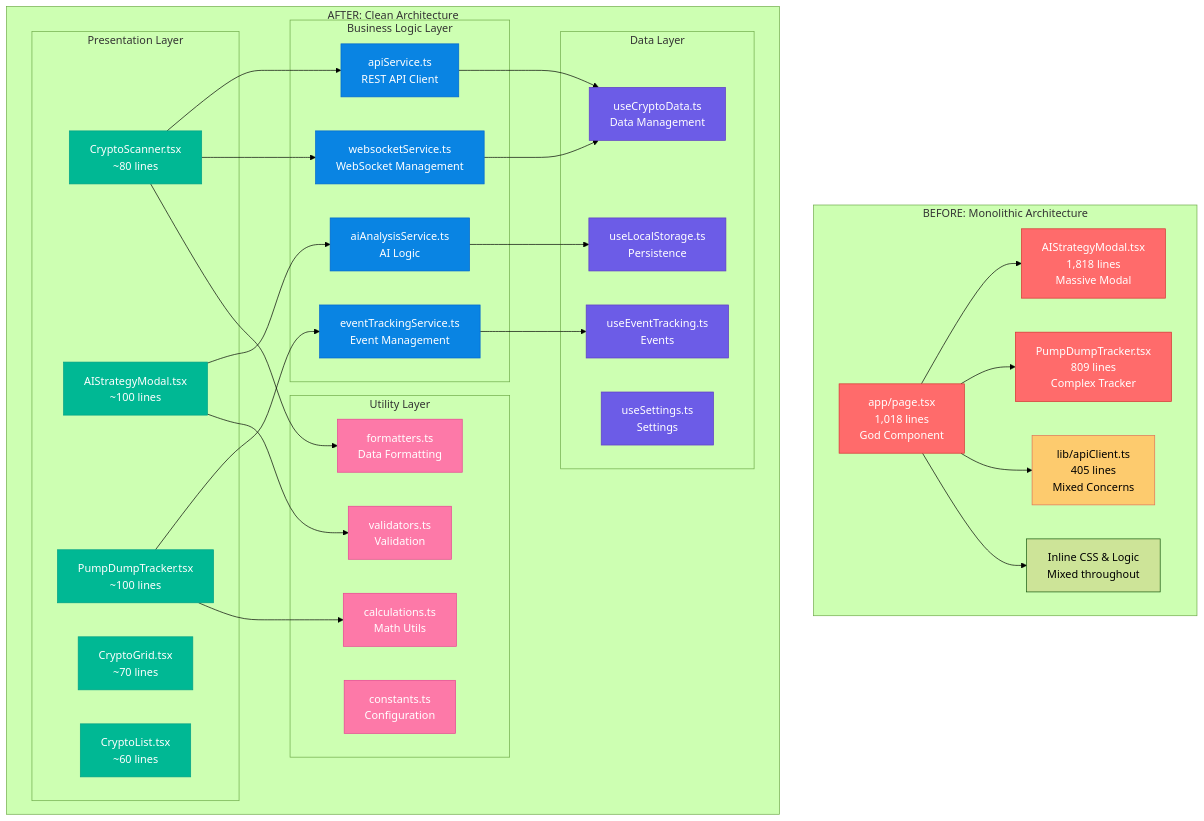
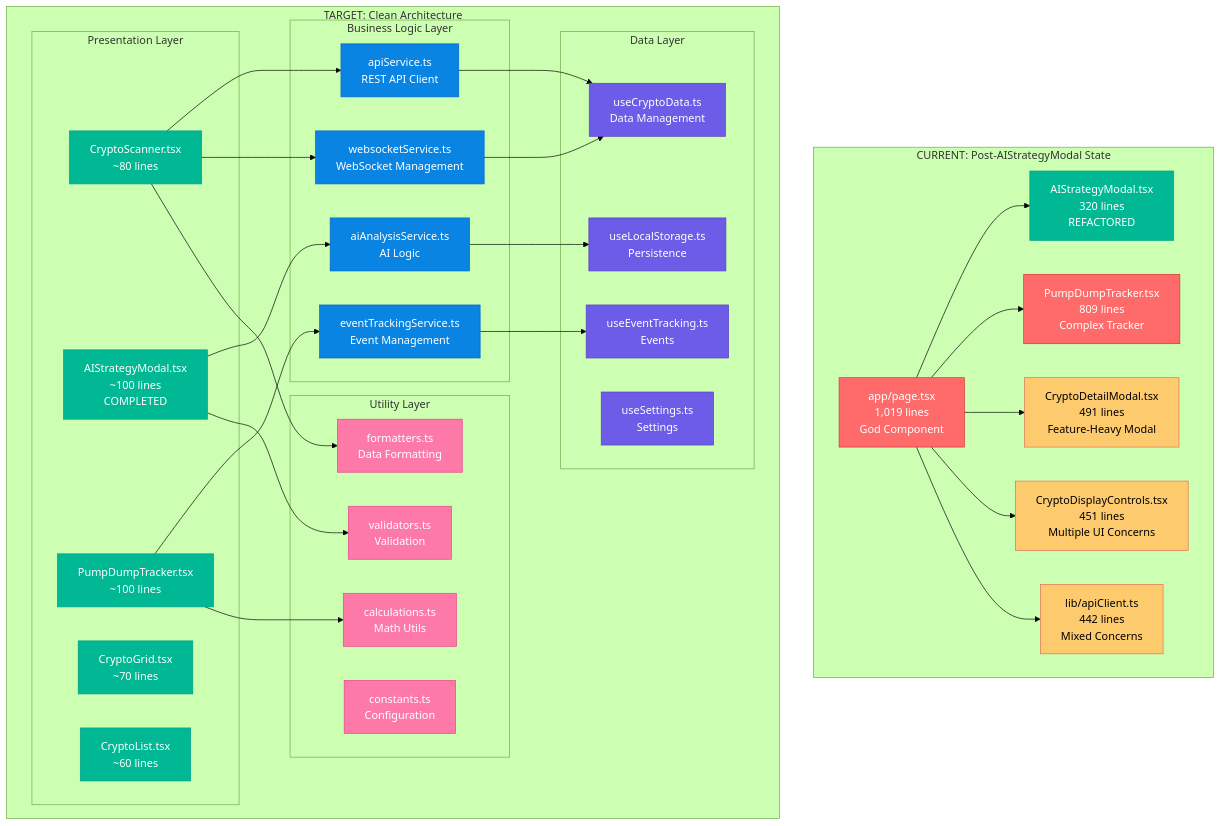
Before and after one commit to rezzamohammad/CryptoScanner: the diagram in doc/mermaid_graph/mermaid_graph_refactor.mmd, drawn with Mermaid (forest theme). The commit also changed 3 other files, not shown here.

Commit message:
Documentation Update - AIStrategyModal Completion Reflected - 20250625_060847

```diff
--- a/doc/mermaid_graph/mermaid_graph_refactor.mmd
+++ b/doc/mermaid_graph/mermaid_graph_refactor.mmd
@@ -1,75 +1,78 @@
 graph TB
-    subgraph "BEFORE: Monolithic Architecture"
-        A1[app/page.tsx<br/>1,018 lines<br/>God Component] --> A2[AIStrategyModal.tsx<br/>1,818 lines<br/>Massive Modal]
+    subgraph "CURRENT: Post-AIStrategyModal State"
+        A1[app/page.tsx<br/>1,019 lines<br/>God Component] --> A2[AIStrategyModal.tsx<br/>320 lines<br/>REFACTORED]
         A1 --> A3[PumpDumpTracker.tsx<br/>809 lines<br/>Complex Tracker]
-        A1 --> A4[lib/apiClient.ts<br/>405 lines<br/>Mixed Concerns]
-        A1 --> A5[Inline CSS & Logic<br/>Mixed throughout]
+        A1 --> A4[CryptoDetailModal.tsx<br/>491 lines<br/>Feature-Heavy Modal]
+        A1 --> A5[CryptoDisplayControls.tsx<br/>451 lines<br/>Multiple UI Concerns]
+        A1 --> A6[lib/apiClient.ts<br/>442 lines<br/>Mixed Concerns]
         
         style A1 fill:#ff6b6b,stroke:#d63031,color:#fff
-        style A2 fill:#ff6b6b,stroke:#d63031,color:#fff
+        style A2 fill:#00b894,stroke:#00a085,color:#fff
         style A3 fill:#ff6b6b,stroke:#d63031,color:#fff
         style A4 fill:#fdcb6e,stroke:#e17055,color:#000
+        style A5 fill:#fdcb6e,stroke:#e17055,color:#000
+        style A6 fill:#fdcb6e,stroke:#e17055,color:#000
     end
     
-    subgraph "AFTER: Clean Architecture"
+    subgraph "TARGET: Clean Architecture"
         subgraph "Presentation Layer"
             B1[CryptoScanner.tsx<br/>~80 lines]
             B2[CryptoGrid.tsx<br/>~70 lines]
             B3[CryptoList.tsx<br/>~60 lines]
-            B4[AIStrategyModal.tsx<br/>~100 lines]
+            B4[AIStrategyModal.tsx<br/>~100 lines<br/>COMPLETED]
             B5[PumpDumpTracker.tsx<br/>~100 lines]
         end
         
         subgraph "Business Logic Layer"
             C1[apiService.ts<br/>REST API Client]
             C2[websocketService.ts<br/>WebSocket Management]
             C3[aiAnalysisService.ts<br/>AI Logic]
             C4[eventTrackingService.ts<br/>Event Management]
         end
         
         subgraph "Data Layer"
             D1[useLocalStorage.ts<br/>Persistence]
             D2[useCryptoData.ts<br/>Data Management]
             D3[useSettings.ts<br/>Settings]
             D4[useEventTracking.ts<br/>Events]
         end
         
         subgraph "Utility Layer"
             E1[formatters.ts<br/>Data Formatting]
             E2[validators.ts<br/>Validation]
             E3[calculations.ts<br/>Math Utils]
             E4[constants.ts<br/>Configuration]
         end
         
         B1 --> C1
         B1 --> C2
         B4 --> C3
         B5 --> C4
         
         C1 --> D2
         C2 --> D2
         C3 --> D1
         C4 --> D4
         
         B1 --> E1
         B4 --> E2
         B5 --> E3
         
         style B1 fill:#00b894,stroke:#00a085,color:#fff
         style B2 fill:#00b894,stroke:#00a085,color:#fff
         style B3 fill:#00b894,stroke:#00a085,color:#fff
         style B4 fill:#00b894,stroke:#00a085,color:#fff
         style B5 fill:#00b894,stroke:#00a085,color:#fff
         style C1 fill:#0984e3,stroke:#0066cc,color:#fff
         style C2 fill:#0984e3,stroke:#0066cc,color:#fff
         style C3 fill:#0984e3,stroke:#0066cc,color:#fff
         style C4 fill:#0984e3,stroke:#0066cc,color:#fff
         style D1 fill:#6c5ce7,stroke:#5f3dc4,color:#fff
         style D2 fill:#6c5ce7,stroke:#5f3dc4,color:#fff
         style D3 fill:#6c5ce7,stroke:#5f3dc4,color:#fff
         style D4 fill:#6c5ce7,stroke:#5f3dc4,color:#fff
         style E1 fill:#fd79a8,stroke:#e84393,color:#fff
         style E2 fill:#fd79a8,stroke:#e84393,color:#fff
         style E3 fill:#fd79a8,stroke:#e84393,color:#fff
         style E4 fill:#fd79a8,stroke:#e84393,color:#fff
     end
```
